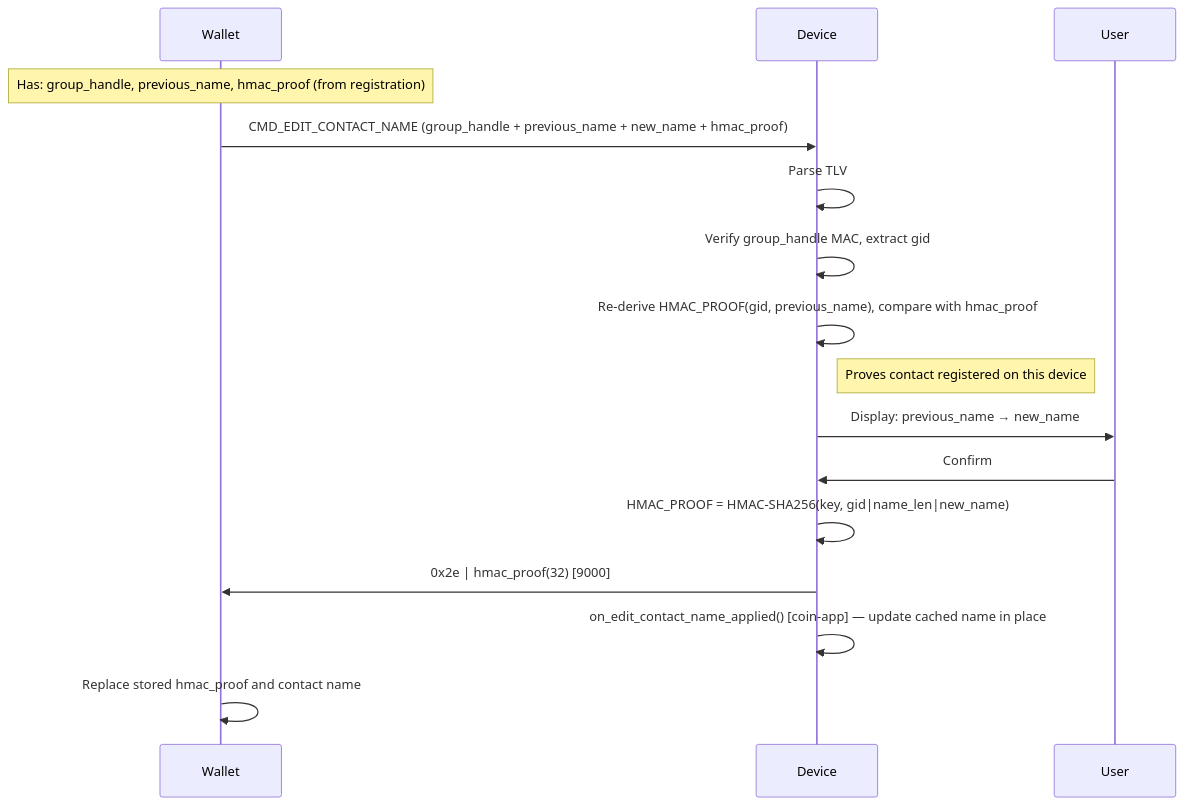
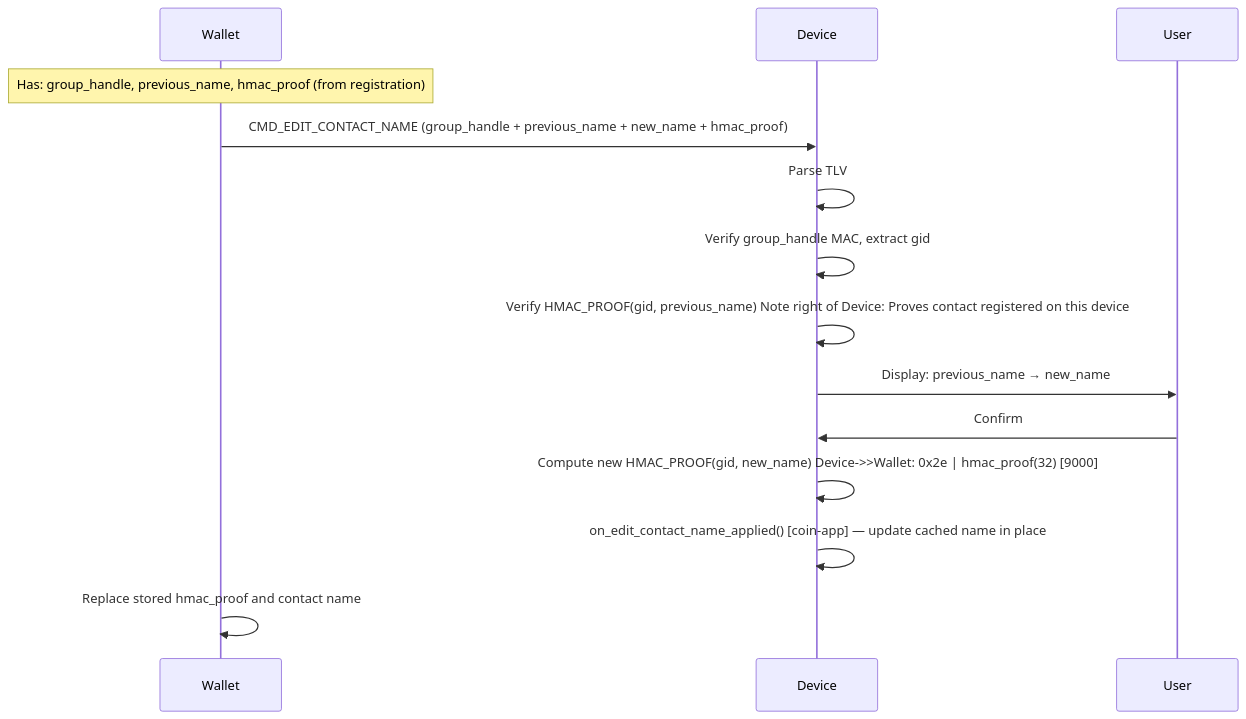
Before and after one commit to LedgerHQ/ledger-secure-sdk: the fourth of 10 diagrams in app_features/address_book/doc/address_book_spec.md, drawn with Mermaid. The commit also changed other lines of this file and 1 other file, not shown here.

````diff
--- a/app_features/address_book/doc/address_book_spec.md
+++ b/app_features/address_book/doc/address_book_spec.md
@@ -355,16 +357,14 @@
 ```mermaid
 sequenceDiagram
 
     Note over Wallet: Has: group_handle, previous_name, hmac_proof (from registration)
     Wallet->>Device: CMD_EDIT_CONTACT_NAME (group_handle + previous_name + new_name + hmac_proof)
     Device->>Device: Parse TLV
     Device->>Device: Verify group_handle MAC, extract gid
-    Device->>Device: Re-derive HMAC_PROOF(gid, previous_name), compare with hmac_proof
-    Note right of Device: Proves contact registered on this device
+    Device->>Device: Verify HMAC_PROOF(gid, previous_name)    Note right of Device: Proves contact registered on this device
     Device->>User: Display: previous_name → new_name
     User->>Device: Confirm
-    Device->>Device: HMAC_PROOF = HMAC-SHA256(key, gid|name_len|new_name)
-    Device->>Wallet: 0x2e | hmac_proof(32)  [9000]
+    Device->>Device: Compute new HMAC_PROOF(gid, new_name)    Device->>Wallet: 0x2e | hmac_proof(32)  [9000]
     Device->>Device: on_edit_contact_name_applied() [coin-app] — update cached name in place
     Wallet->>Wallet: Replace stored hmac_proof and contact name
 ```
````
